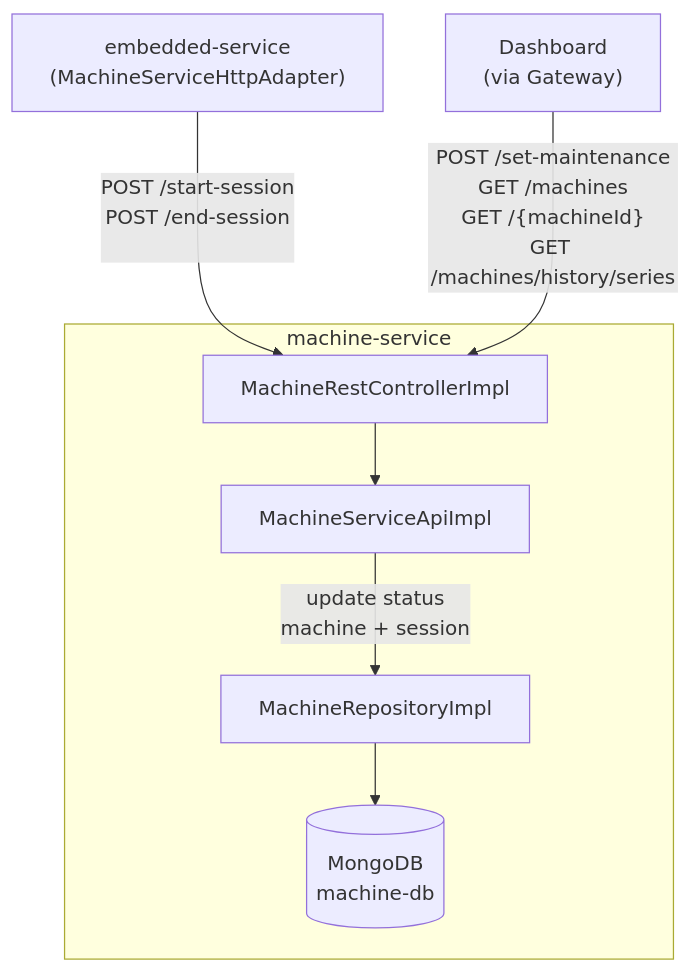
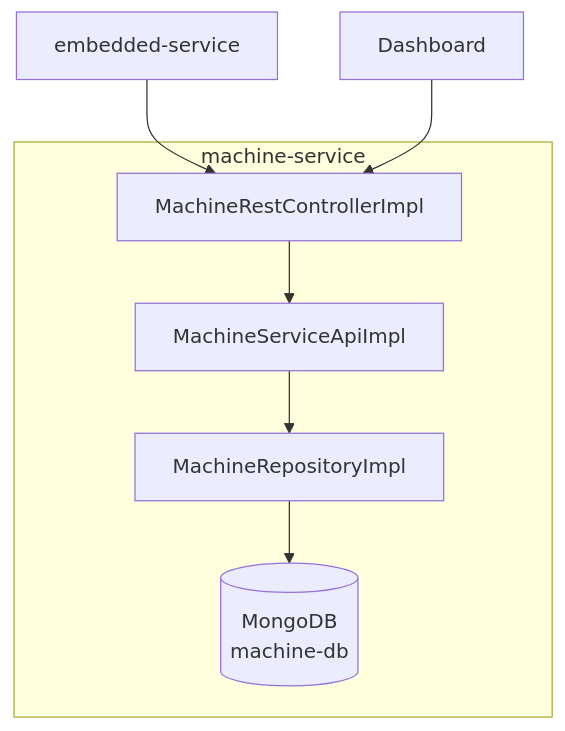
The seventh of 10 diagrams in docs/report/Implementation.md (piertv21/SmartGym-Monitor), drawn with Mermaid before and after one commit. The commit also changed other lines of this file and 6 other files, not shown here.

````diff
--- a/docs/report/Implementation.md
+++ b/docs/report/Implementation.md
@@ -227,15 +228,15 @@
 ```mermaid
 flowchart TD
-    EMB["embedded-service\n(MachineServiceHttpAdapter)"]
-    DASH["Dashboard\n(via Gateway)"]
+    EMB["embedded-service"]
+    DASH["Dashboard"]
 
     subgraph machine-service
         CTRL["MachineRestControllerImpl"]
         CTRL --> API["MachineServiceApiImpl"]
-        API -->|"update status\nmachine + session"| REPO["MachineRepositoryImpl"]
+        API --> REPO["MachineRepositoryImpl"]
         REPO --> DB[(MongoDB\nmachine-db)]
     end
 
-    EMB -->|"POST /start-session\nPOST /end-session\n\n"| CTRL
-    DASH -->|"POST /set-maintenance\nGET /machines\nGET /{machineId}\nGET /machines/history/series"| CTRL
+    EMB --> CTRL
+    DASH --> CTRL
 ```
````
